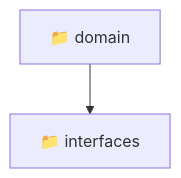
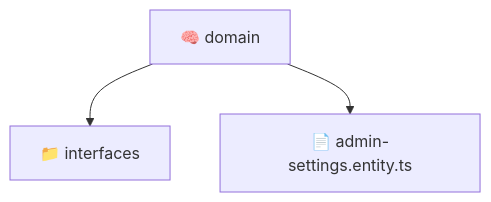
The diagram in backend/src/modules/admin-settings/domain/README.md (beginwebdev2002/fullstack-mavluda), drawn with Mermaid before and after one commit. The commit also changed other lines of this file and 165 other files, not shown here.

First line of the commit message:
docs: generate localized architectural READMEs

````diff
--- a/backend/src/modules/admin-settings/domain/README.md
+++ b/backend/src/modules/admin-settings/domain/README.md
@@ -10,5 +9,6 @@
 ```mermaid
 graph TD
-  Root["📁 domain"]
-  Root --> interfaces["📁 interfaces"]
+  domain["🧠 domain"]
+  domain --> interfaces["📁 interfaces"]
+  domain --> admin_settings_entity_ts["📄 admin-settings.entity.ts"]
 ```
````
